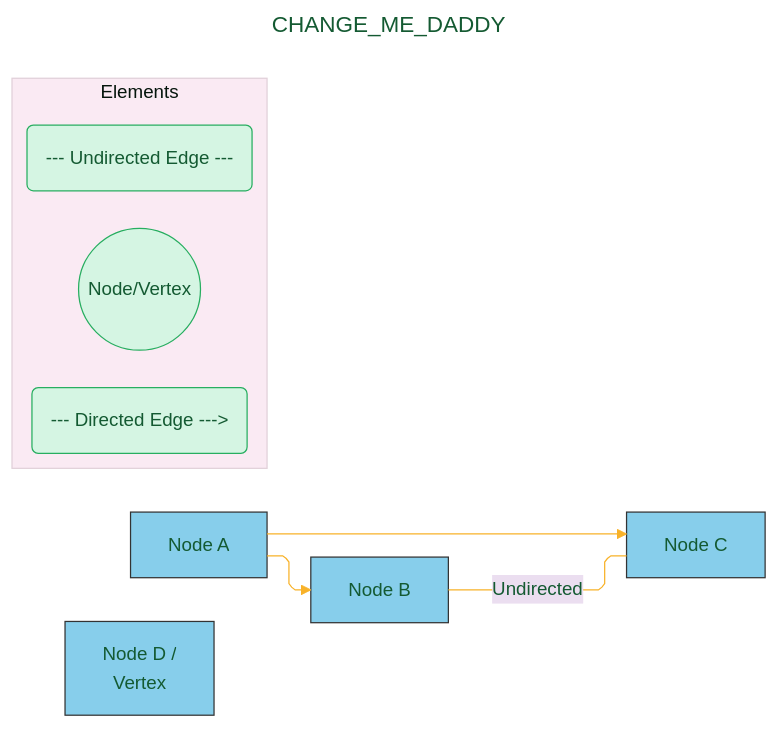
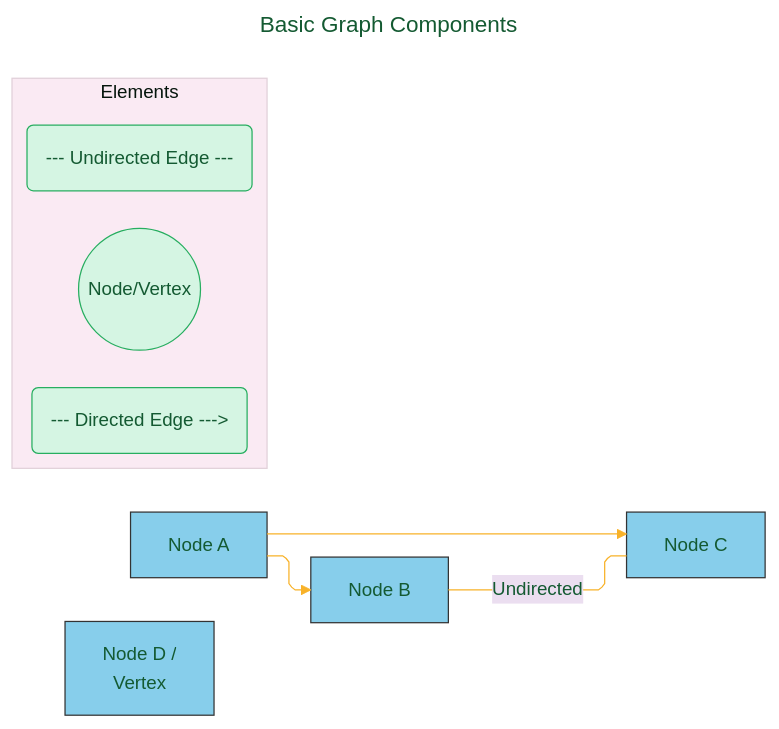
One commit to CongLeSolutionX/The-Language-Atlas changed the first of 9 diagrams in regions/DOT_language/PART_2/Gallery_of_DOT_Concepts.md. Above: the diagram before and after it, drawn with Mermaid. The commit also changed other lines of this file and 6 other files, not shown here.

````diff
--- a/regions/DOT_language/PART_2/Gallery_of_DOT_Concepts.md
+++ b/regions/DOT_language/PART_2/Gallery_of_DOT_Concepts.md
@@ -20,46 +20,46 @@
 ```mermaid
 ---
-title: "CHANGE_ME_DADDY"
+title: "Basic Graph Components"
 author: "Cong Le"
 version: "1.0"
 license(s): "MIT, CC BY 4.0"
 copyright: "Copyright (c) 2025 Cong Le. All Rights Reserved."
 config:
   layout: elk
   theme: base
 ---
 %%%%%%%% Mermaid version v11.4.1-b.14
 %%%%%%%% Available curve styles include the following keywords:
 %% basis, bumpX, bumpY, cardinal, catmullRom, linear, monotoneX, monotoneY, natural, step, stepAfter, stepBefore.
 %%{
   init: {
     'flowchart': { 'htmlLabels': true, 'curve': 'linear' },
     'fontFamily': 'Monaco',
     'themeVariables': {
       'primaryColor': '#D5F5E3',
       'primaryTextColor': '#145A32',
       'lineColor': '#F8B229',
       'primaryBorderColor': '#27AE60',
       'secondaryColor': '#EBDEF0',
       'secondaryTextColor': '#6C3483',
       'secondaryBorderColor': '#A569BD',
       'fontSize': '15px'
     }
   }
 }%%
 graph LR
     A["Node A"] --> B["Node B"]
     B -- Undirected --- C["Node C"]
     A --> C
     D["Node D /<br/> Vertex"]
 
     subgraph Elements["Elements"]
         N(("Node/Vertex"))
         DE("--- Directed Edge --->")
         UE("--- Undirected Edge ---")
     end
     style A fill:#87CEEB,stroke:#333
     style B fill:#87CEEB,stroke:#333
     style C fill:#87CEEB,stroke:#333
     style D fill:#87CEEB,stroke:#333
 ```
````
